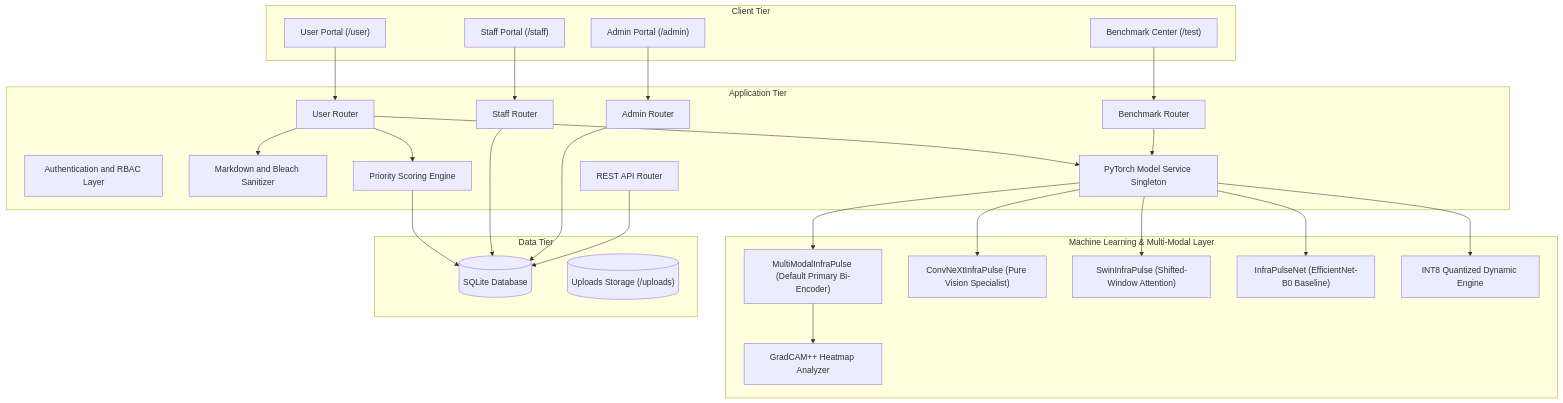
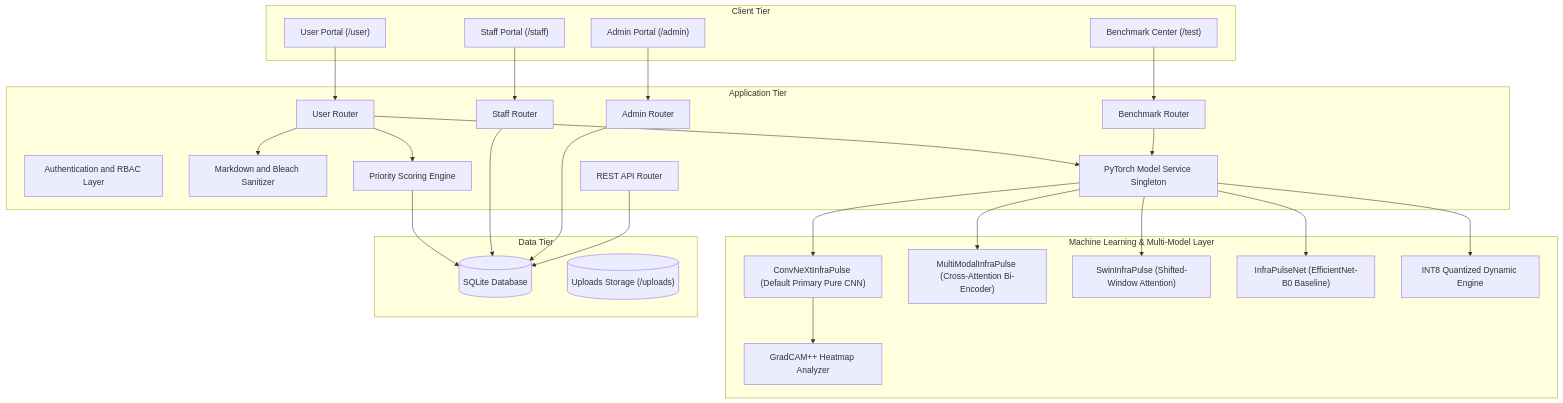
The first of 3 diagrams in docs/DESIGN_DOCUMENT.md (Bittu5134/InfraPulse), drawn with Mermaid before and after one commit. The commit also changed other lines of this file and 3 other files, not shown here.

Commit message:
feat(model): swap default primary classifier to ConvNeXt-Tiny pure CNN and update documentation

````diff
--- a/docs/DESIGN_DOCUMENT.md
+++ b/docs/DESIGN_DOCUMENT.md
@@ -27,53 +27,53 @@
 ```mermaid
 graph TB
     subgraph Client_Tier ["Client Tier"]
         UI_User["User Portal (/user)"]
         UI_Staff["Staff Portal (/staff)"]
         UI_Admin["Admin Portal (/admin)"]
         UI_Bench["Benchmark Center (/test)"]
     end
 
     subgraph Application_Tier ["Application Tier"]
         Auth["Authentication and RBAC Layer"]
         MDEngine["Markdown and Bleach Sanitizer"]
         UserRouter["User Router"]
         StaffRouter["Staff Router"]
         AdminRouter["Admin Router"]
         BenchRouter["Benchmark Router"]
         APIRouter["REST API Router"]
         PriorityEngine["Priority Scoring Engine"]
         ModelService["PyTorch Model Service Singleton"]
     end
 
-    subgraph CV_Tier ["Machine Learning & Multi-Modal Layer"]
-        MM["MultiModalInfraPulse (Default Primary Bi-Encoder)"]
-        Conv["ConvNeXtInfraPulse (Pure Vision Specialist)"]
+    subgraph CV_Tier ["Machine Learning & Multi-Model Layer"]
+        Conv["ConvNeXtInfraPulse (Default Primary Pure CNN)"]
+        MM["MultiModalInfraPulse (Cross-Attention Bi-Encoder)"]
         Swin["SwinInfraPulse (Shifted-Window Attention)"]
         Base["InfraPulseNet (EfficientNet-B0 Baseline)"]
         Q8["INT8 Quantized Dynamic Engine"]
         GradCAM["GradCAM++ Heatmap Analyzer"]
     end
 
     subgraph Data_Tier ["Data Tier"]
         DB[("SQLite Database")]
         Storage[("Uploads Storage (/uploads)")]
     end
 
     UI_User --> UserRouter
     UI_Staff --> StaffRouter
     UI_Admin --> AdminRouter
     UI_Bench --> BenchRouter
 
     UserRouter --> MDEngine
-    UserRouter --> ModelService --> MM --> GradCAM
-    ModelService --> Conv
+    UserRouter --> ModelService --> Conv --> GradCAM
+    ModelService --> MM
     ModelService --> Swin
     ModelService --> Base
     ModelService --> Q8
 
     UserRouter --> PriorityEngine --> DB
     StaffRouter --> DB
     AdminRouter --> DB
     APIRouter --> DB
     BenchRouter --> ModelService
 ```
````
